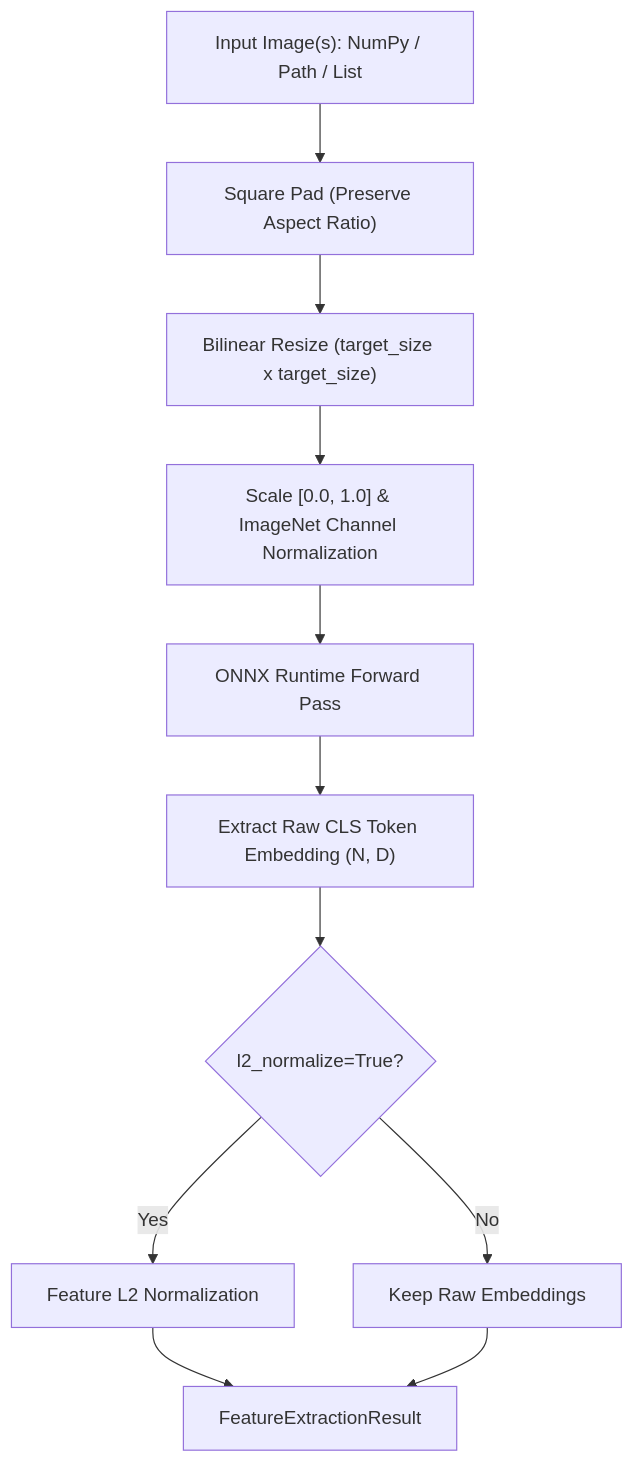
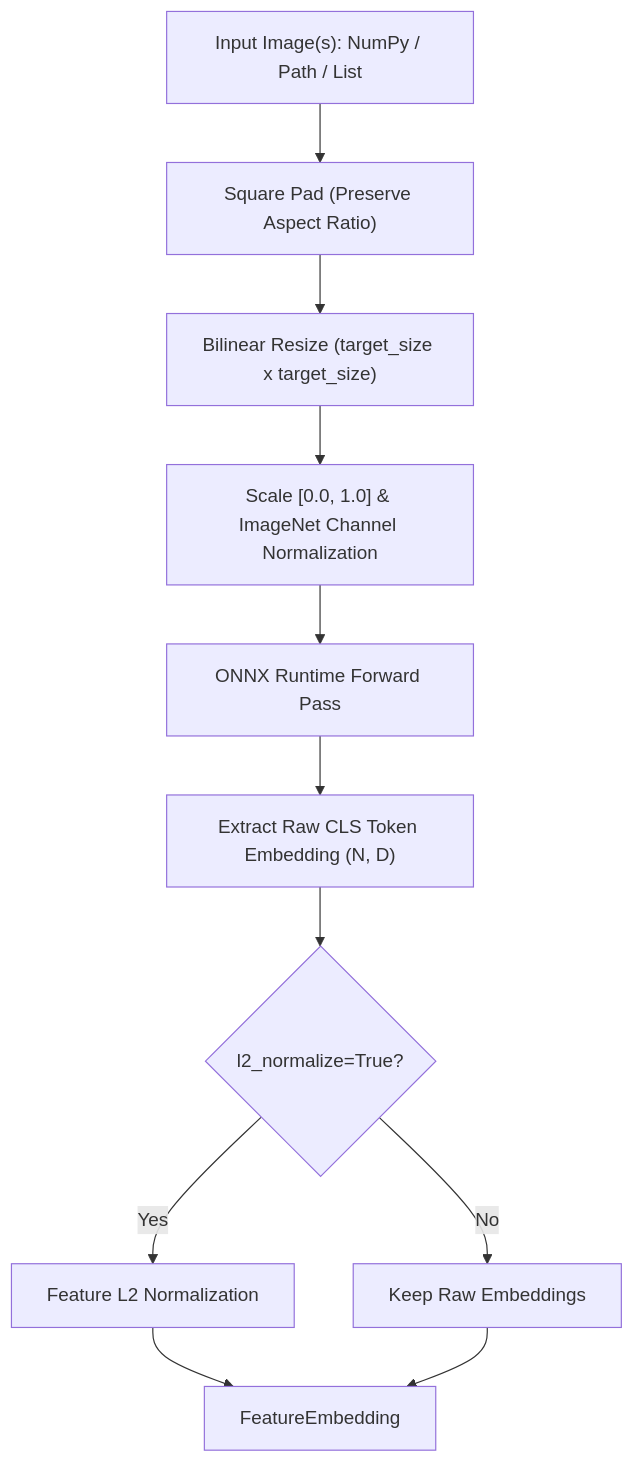
One commit to spatialhub-ai/spatialhub changed the diagram in src/spatialhub/models/dinov2/README.md. Above: the diagram before and after it, drawn with Mermaid. The commit also changed other lines of this file and 3 other files, not shown here.

````diff
--- a/src/spatialhub/models/dinov2/README.md
+++ b/src/spatialhub/models/dinov2/README.md
@@ -24,13 +24,13 @@
 ```mermaid
 graph TD
     A["Input Image(s): NumPy / Path / List"] --> B["Square Pad (Preserve Aspect Ratio)"]
     B --> C["Bilinear Resize (target_size x target_size)"]
     C --> D["Scale [0.0, 1.0] & ImageNet Channel Normalization"]
     D --> E["ONNX Runtime Forward Pass"]
     E --> F["Extract Raw CLS Token Embedding (N, D)"]
     F --> G{"l2_normalize=True?"}
     G -- "Yes" --> H["Feature L2 Normalization"]
     G -- "No" --> I["Keep Raw Embeddings"]
-    H --> J["FeatureExtractionResult"]
+    H --> J["FeatureEmbedding"]
     I --> J
 ```
````
